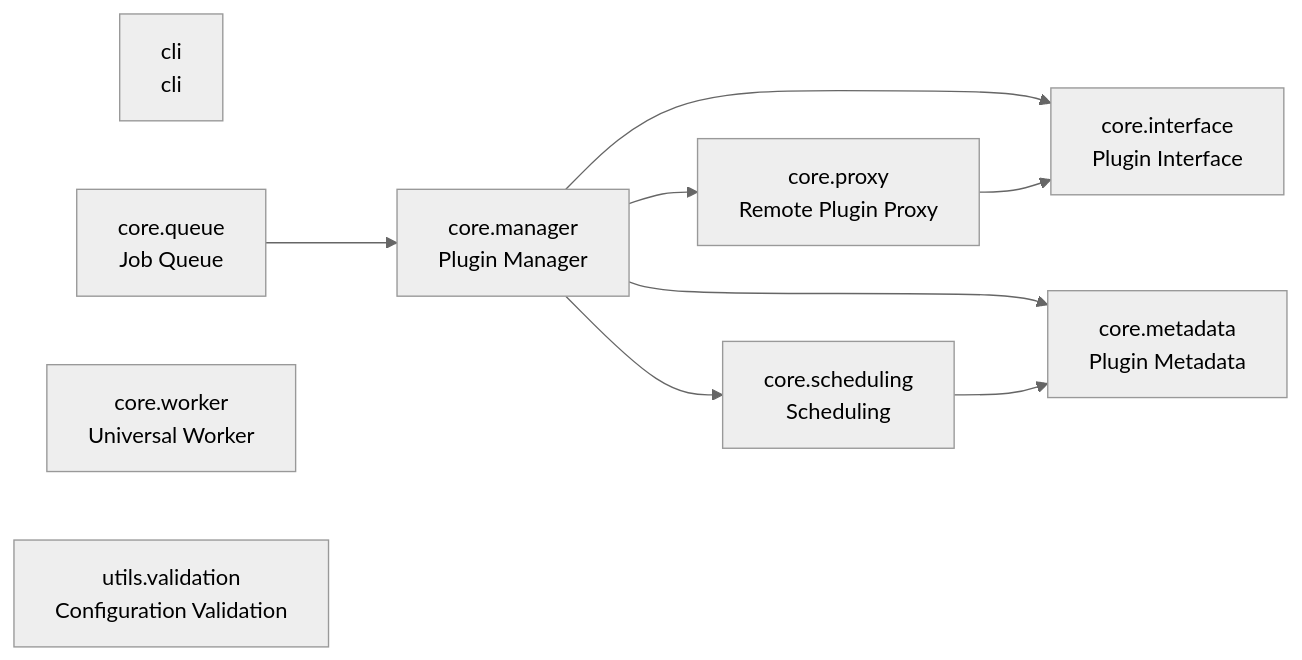
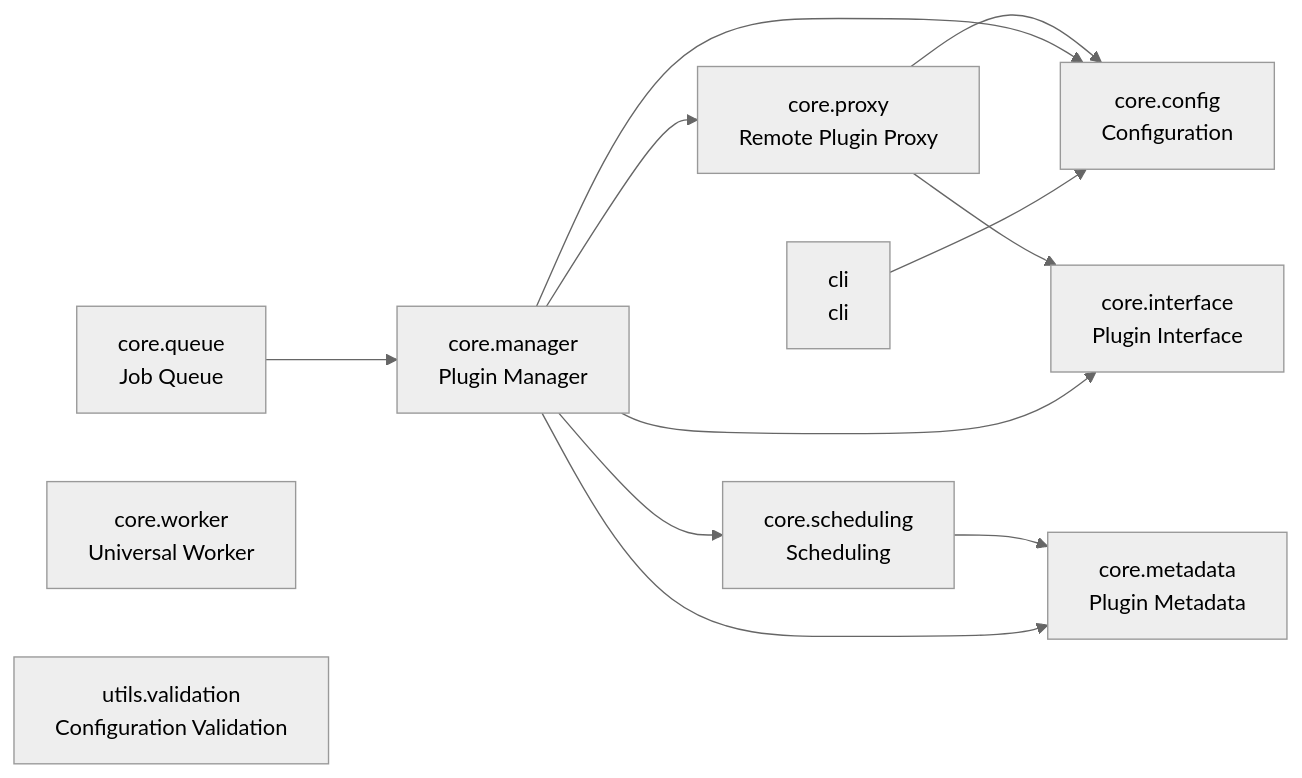
Before and after one commit to cj-mills/cjm-plugin-system: the diagram in README.md, drawn with Mermaid (neutral theme). The commit also changed other lines of this file and 10 other files, not shown here.

````diff
--- a/README.md
+++ b/README.md
@@ -31,20 +32,24 @@
 ``` mermaid
 graph LR
     cli[cli<br/>cli]
+    core_config[core.config<br/>Configuration]
     core_interface[core.interface<br/>Plugin Interface]
     core_manager[core.manager<br/>Plugin Manager]
     core_metadata[core.metadata<br/>Plugin Metadata]
     core_proxy[core.proxy<br/>Remote Plugin Proxy]
     core_queue[core.queue<br/>Job Queue]
     core_scheduling[core.scheduling<br/>Scheduling]
     core_worker[core.worker<br/>Universal Worker]
     utils_validation[utils.validation<br/>Configuration Validation]
 
+    cli --> core_config
+    core_manager --> core_config
+    core_manager --> core_metadata
     core_manager --> core_interface
-    core_manager --> core_metadata
+    core_manager --> core_proxy
     core_manager --> core_scheduling
-    core_manager --> core_proxy
+    core_proxy --> core_config
     core_proxy --> core_interface
     core_queue --> core_manager
     core_scheduling --> core_metadata
 ```
````
